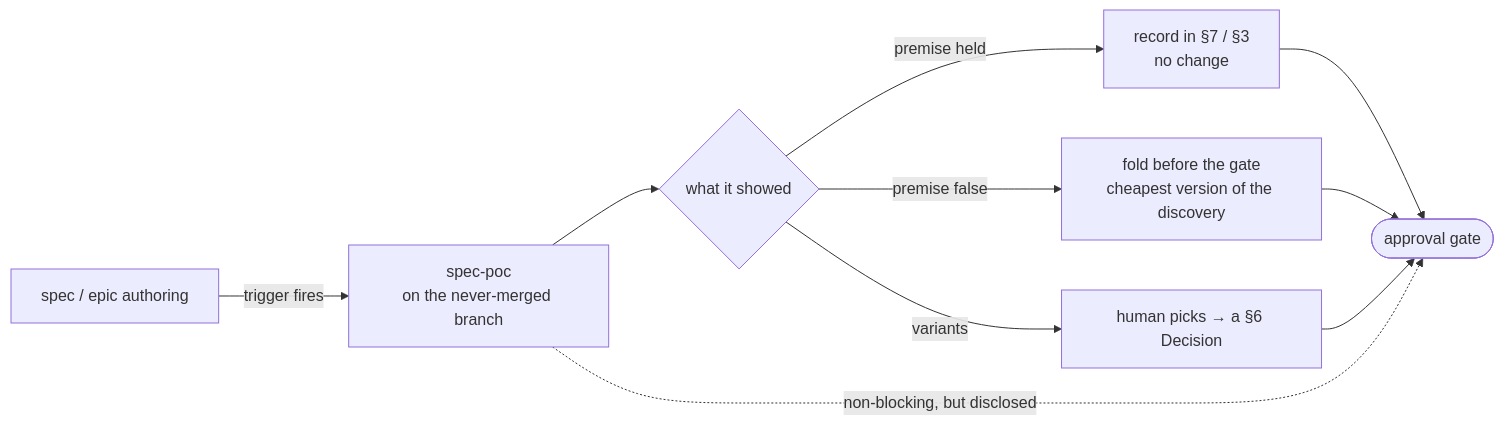
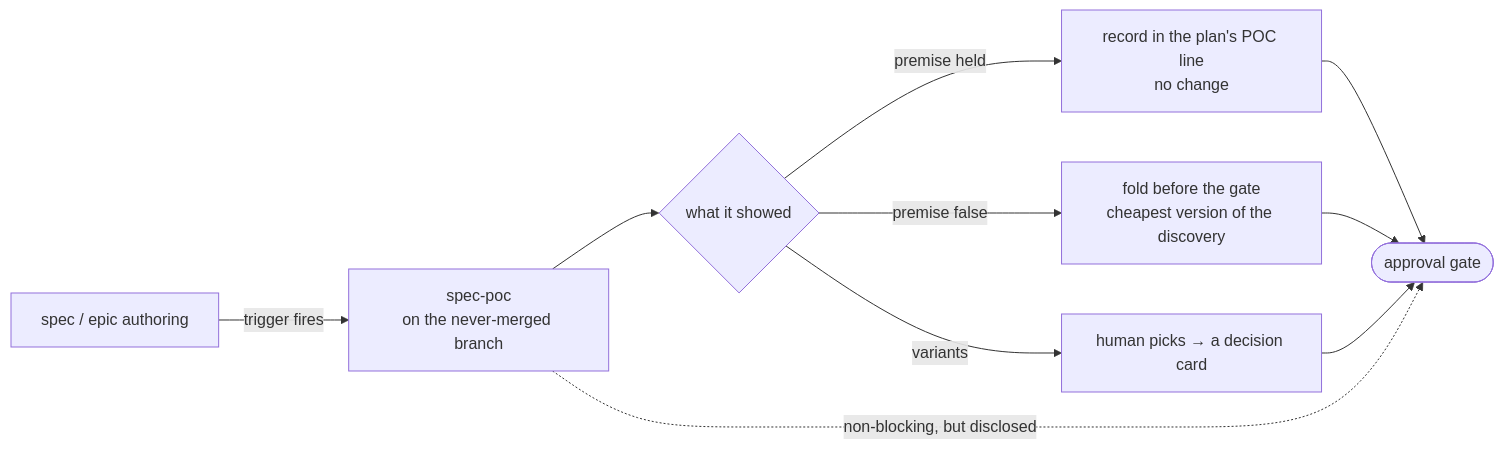
The third of 5 diagrams in docs/contributing/orchestration.md (fixpoint-labs/flow-state-dev), drawn with Mermaid before and after one commit. The commit also changed other lines of this file and 35 other files, not shown here.

````diff
--- a/docs/contributing/orchestration.md
+++ b/docs/contributing/orchestration.md
@@ -776,10 +785,10 @@
 ```mermaid
 flowchart LR
   A[spec / epic authoring] -->|trigger fires| P[spec-poc<br/>on the never-merged branch]
   P --> S{what it showed}
-  S -->|premise held| R1[record in §7 / §3<br/>no change]
+  S -->|premise held| R1["record in the plan's POC line<br/>no change"]
   S -->|premise false| R2[fold before the gate<br/>cheapest version of the discovery]
-  S -->|variants| R3[human picks → a §6 Decision]
+  S -->|variants| R3["human picks → a decision card"]
   R1 & R2 & R3 --> G([approval gate])
   P -.->|non-blocking, but disclosed| G
 ```
````
